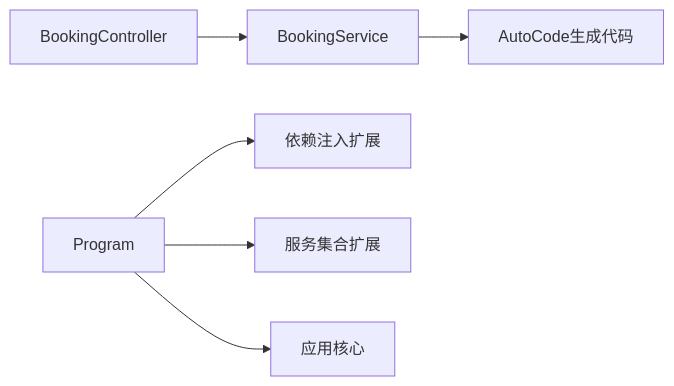
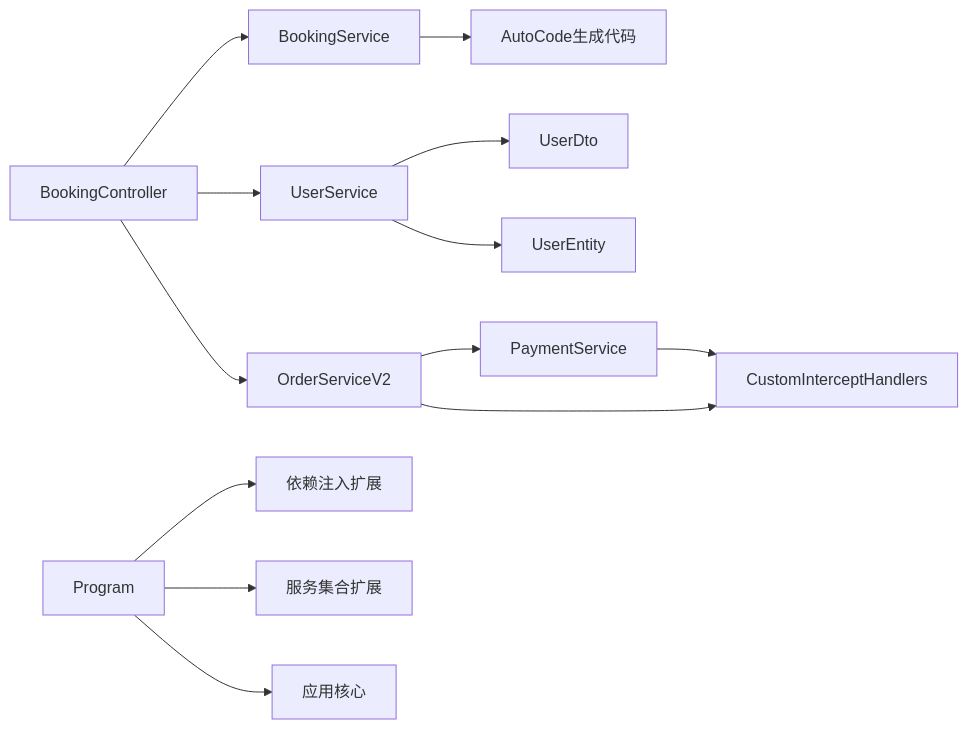
One commit to alivy/AutoCode changed diagram 11 of 11 in .qoder/repowiki/zh/content/Web API集成/Web API集成.md. Above: the diagram before and after it, drawn with Mermaid. The commit also changed other lines of this file and 150 other files, not shown here.

````diff
--- a/.qoder/repowiki/zh/content/Web API集成/Web API集成.md
+++ b/.qoder/repowiki/zh/content/Web API集成/Web API集成.md
@@ -379,8 +590,15 @@
 ```mermaid
 graph LR
 Controller["BookingController"] --> Service["BookingService"]
+Controller --> UserService["UserService"]
+Controller --> OrderService["OrderServiceV2"]
+OrderService --> PaymentService["PaymentService"]
+OrderService --> CustomInterceptors["CustomInterceptHandlers"]
+PaymentService --> CustomInterceptors
 Service --> AutoGen["AutoCode生成代码"]
+UserService --> UserDto["UserDto"]
+UserService --> UserEntity["UserEntity"]
 Program["Program"] --> DIExt["依赖注入扩展"]
 Program --> SvcExt["服务集合扩展"]
 Program --> AppCore["应用核心"]
 ```
````
